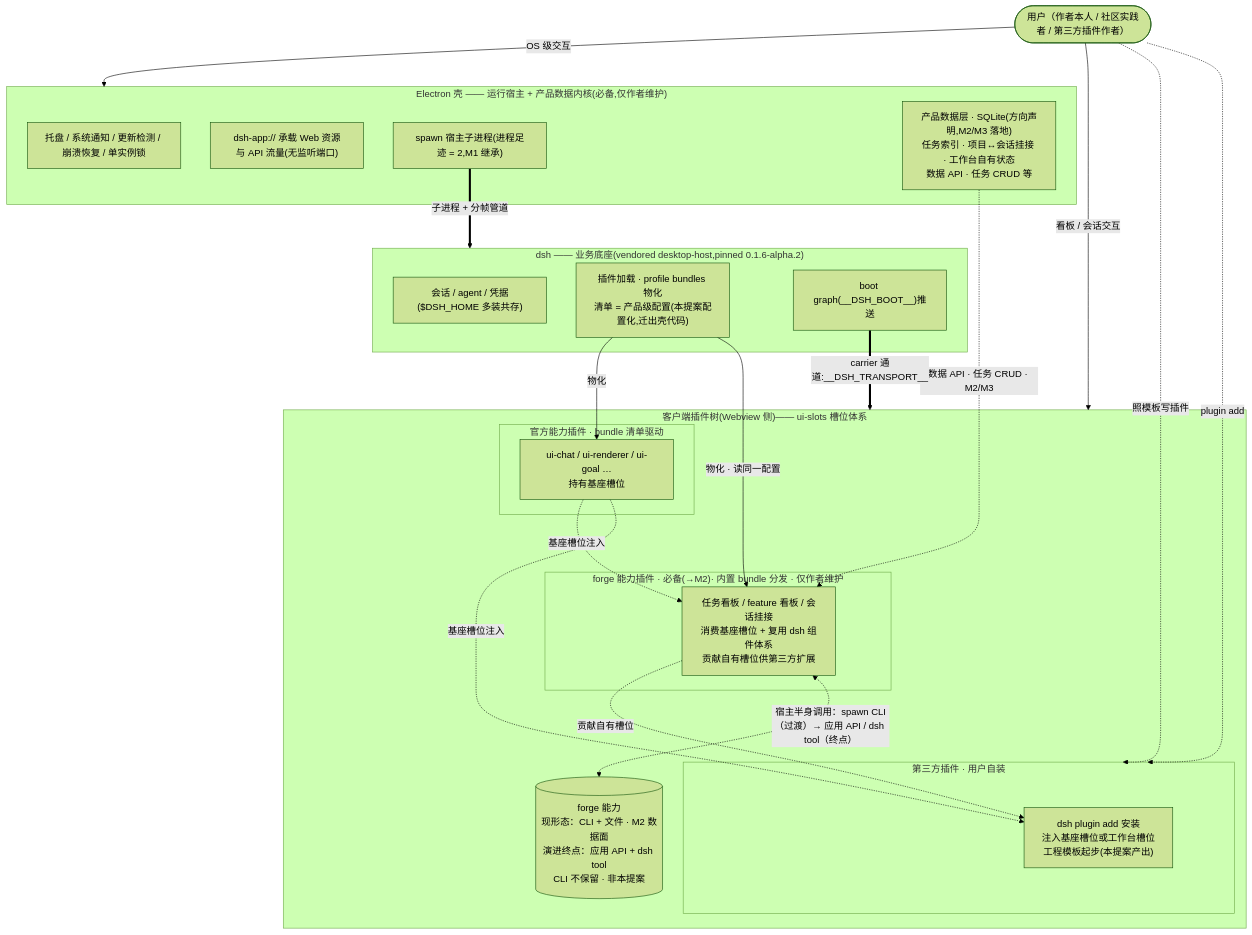
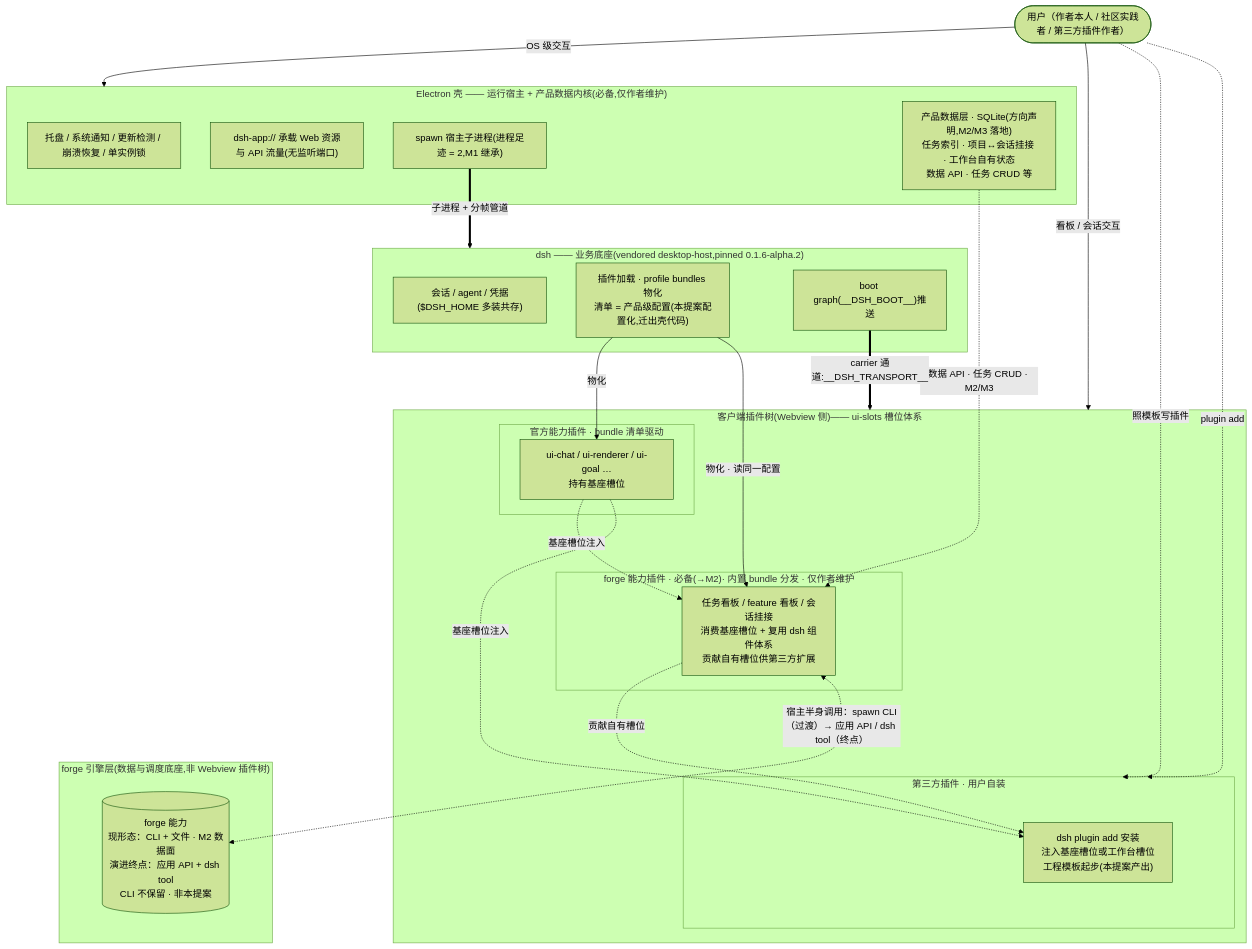
The diagram in docs/proposals/ui-plugin-foundation/proposal.md (bigfaner/dsh-forge), drawn with Mermaid (forest theme) before and after one commit. The commit also changed other lines of this file and 1 other file, not shown here.

````diff
--- a/docs/proposals/ui-plugin-foundation/proposal.md
+++ b/docs/proposals/ui-plugin-foundation/proposal.md
@@ -35,44 +35,47 @@
 ```mermaid
 flowchart TB
     user(["用户（作者本人 / 社区实践者 / 第三方插件作者）"])
 
     subgraph SHELL["Electron 壳 —— 运行宿主 + 产品数据内核(必备,仅作者维护)"]
         S1["托盘 / 系统通知 / 更新检测 / 崩溃恢复 / 单实例锁"]
         S2["dsh-app:// 承载 Web 资源与 API 流量(无监听端口)"]
         S3["spawn 宿主子进程(进程足迹 = 2,M1 继承)"]
         DL["产品数据层 · SQLite(方向声明,M2/M3 落地)<br/>任务索引 · 项目↔会话挂接 · 工作台自有状态<br/>数据 API · 任务 CRUD 等"]
     end
 
     subgraph DSH["dsh —— 业务底座(vendored desktop-host,pinned 0.1.6-alpha.2)"]
         H1["会话 / agent / 凭据($DSH_HOME 多装共存)"]
         H2["插件加载 · profile bundles 物化<br/>清单 = 产品级配置(本提案配置化,迁出壳代码)"]
         H3["boot graph(__DSH_BOOT__)推送"]
     end
 
     subgraph PLUGINS["客户端插件树(Webview 侧)—— ui-slots 槽位体系"]
         subgraph OFFI["官方能力插件 · bundle 清单驱动"]
             O1["ui-chat / ui-renderer / ui-goal …<br/>持有基座槽位"]
         end
         subgraph FORGEPL["forge 能力插件 · 必备(→M2)· 内置 bundle 分发 · 仅作者维护"]
             F1["任务看板 / feature 看板 / 会话挂接<br/>消费基座槽位 + 复用 dsh 组件体系<br/>贡献自有槽位供第三方扩展"]
         end
         subgraph THIRDPL["第三方插件 · 用户自装"]
             T1["dsh plugin add 安装<br/>注入基座槽位或工作台槽位<br/>工程模板起步(本提案产出)"]
         end
+    end
+
+    subgraph FORGECORE["forge 引擎层(数据与调度底座,非 Webview 插件树)"]
         FORGE[("forge 能力<br/>现形态：CLI + 文件 · M2 数据面<br/>演进终点：应用 API + dsh tool<br/>CLI 不保留 · 非本提案")]
     end
 
     user -->|OS 级交互| SHELL
     user -->|看板 / 会话交互| PLUGINS
     user -.->|照模板写插件| THIRDPL
     S3 ==>|子进程 + 分帧管道| DSH
     H3 ==>|carrier 通道:__DSH_TRANSPORT__| PLUGINS
     H2 -->|物化| O1
     H2 -->|物化 · 读同一配置| F1
     user -.->|plugin add| THIRDPL
     O1 -.基座槽位注入.-> F1
     O1 -.基座槽位注入.-> T1
     F1 -.贡献自有槽位.-> T1
     F1 <-.宿主半身调用：spawn CLI（过渡）→ 应用 API / dsh tool（终点）.-> FORGE
     DL -.数据 API · 任务 CRUD · M2/M3.-> F1
 ```
````
